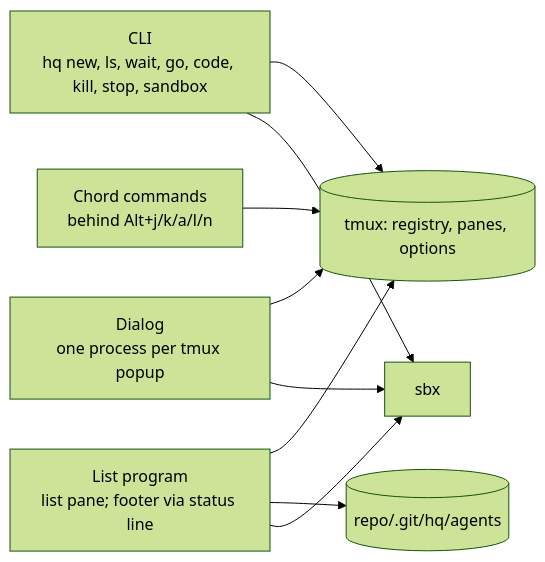
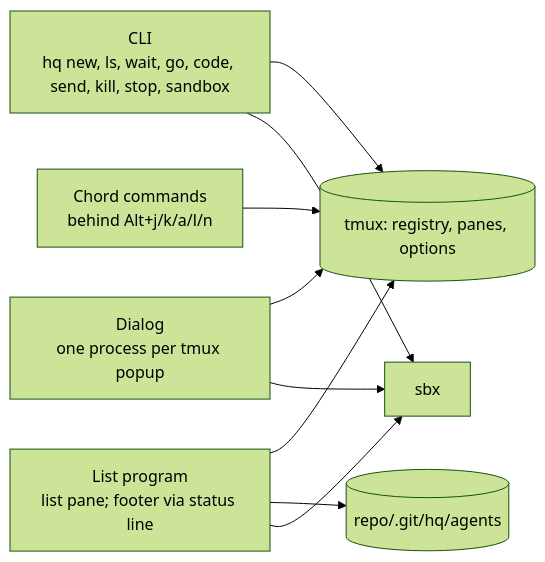
One commit to rkrysinski/hq changed the third of 4 diagrams in docs/design/hq.md. Above: the diagram before and after it, drawn with Mermaid (forest theme). The commit also changed other lines of this file and 3 other files, not shown here.

````diff
--- a/docs/design/hq.md
+++ b/docs/design/hq.md
@@ -149,14 +153,14 @@
 ```mermaid
 flowchart LR
-    CLI["CLI<br/>hq new, ls, wait, go, code, kill, stop, sandbox"]
+    CLI["CLI<br/>hq new, ls, wait, go, code, send, kill, stop, sandbox"]
     LIST["List program<br/>list pane; footer via status line"]
     DLG["Dialog<br/>one process per tmux popup"]
     CH["Chord commands<br/>behind Alt+j/k/a/l/n"]
     TM[("tmux: registry, panes, options")]
     ST[("repo/.git/hq/agents")]
     SBX["sbx"]
     CLI --> TM & SBX
     LIST --> TM & ST & SBX
     DLG --> TM & SBX
     CH --> TM
 ```
````
